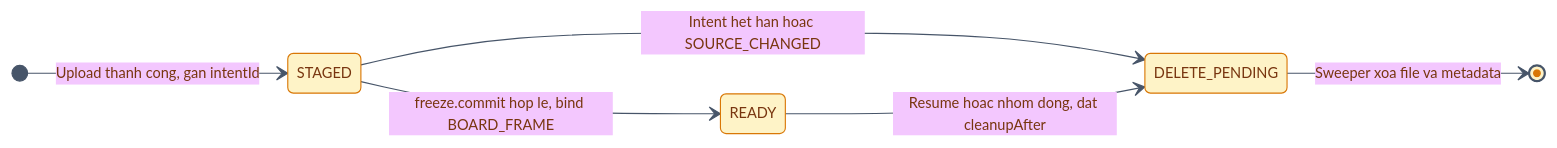
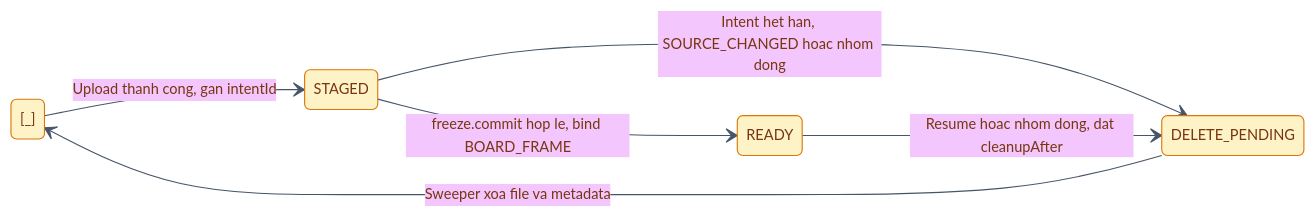
Before and after one commit to Lightning1507/CoLearnia: the third of 13 diagrams in docs/proposals/m5-board.md, drawn with Mermaid. The commit also changed other lines of this file, not shown here.

Commit message:
docs(board): address PR review comments on data limits, permissions, and lifecycle

````diff
--- a/docs/proposals/m5-board.md
+++ b/docs/proposals/m5-board.md
@@ -357,10 +359,10 @@
 ```mermaid
 %%{init: {"theme":"base","themeVariables":{"fontFamily":"Inter, Helvetica, Arial","fontSize":"13px","primaryColor":"#FEF3C7","primaryBorderColor":"#D97706","primaryTextColor":"#78350F","lineColor":"#475569"}}}%%
 stateDiagram-v2
-  direction LR
-  [*] --> STAGED: Upload thanh cong, gan intentId
-  STAGED --> READY: freeze.commit hop le, bind BOARD_FRAME
-  STAGED --> DELETE_PENDING: Intent het han hoac SOURCE_CHANGED
-  READY --> DELETE_PENDING: Resume hoac nhom dong, dat cleanupAfter
-  DELETE_PENDING --> [*]: Sweeper xoa file va metadata
+direction LR
+[_] --> STAGED: Upload thanh cong, gan intentId
+STAGED --> READY: freeze.commit hop le, bind BOARD_FRAME
+STAGED --> DELETE_PENDING: Intent het han, SOURCE_CHANGED hoac nhom dong
+READY --> DELETE_PENDING: Resume hoac nhom dong, dat cleanupAfter
+DELETE_PENDING --> [_]: Sweeper xoa file va metadata
 ```
````
